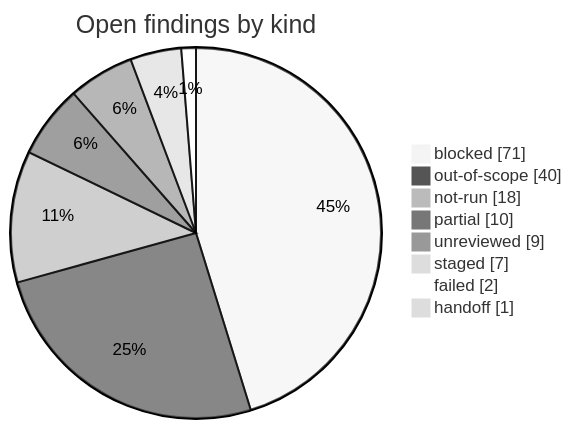
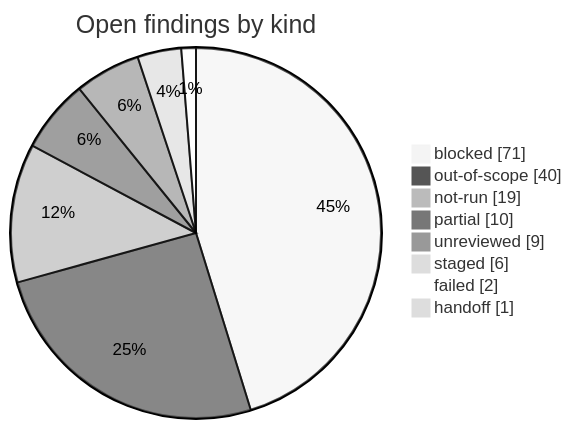
The diagram in research/open-findings.md (korczis/OpenTTD), drawn with Mermaid (neutral theme) before and after one commit. The commit also changed other lines of this file and 10 other files, not shown here.

````diff
--- a/research/open-findings.md
+++ b/research/open-findings.md
@@ -36,12 +36,12 @@
 ```mermaid
 pie showData title Open findings by kind
     %% links: open-findings.md?col=Kind&filter=blocked#findings | open-findings.md?col=Kind&filter=out-of-scope#findings | open-findings.md?col=Kind&filter=not-run#findings | open-findings.md?col=Kind&filter=partial#findings | open-findings.md?col=Kind&filter=unreviewed#findings | open-findings.md?col=Kind&filter=staged#findings | open-findings.md?col=Kind&filter=failed#findings | open-findings.md?col=Kind&filter=handoff#findings
     "blocked" : 71
     "out-of-scope" : 40
-    "not-run" : 18
+    "not-run" : 19
     "partial" : 10
     "unreviewed" : 9
-    "staged" : 7
+    "staged" : 6
     "failed" : 2
     "handoff" : 1
 ```
````
